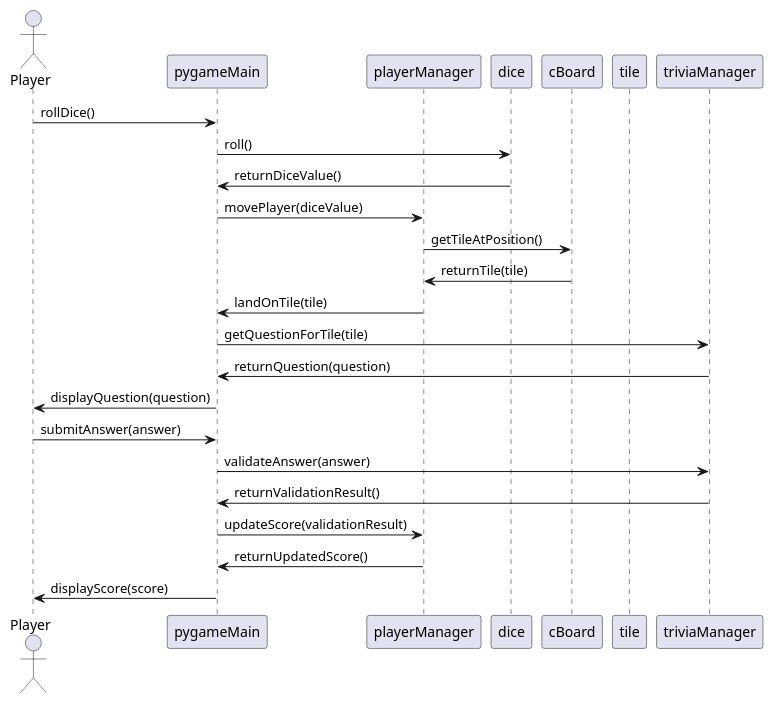
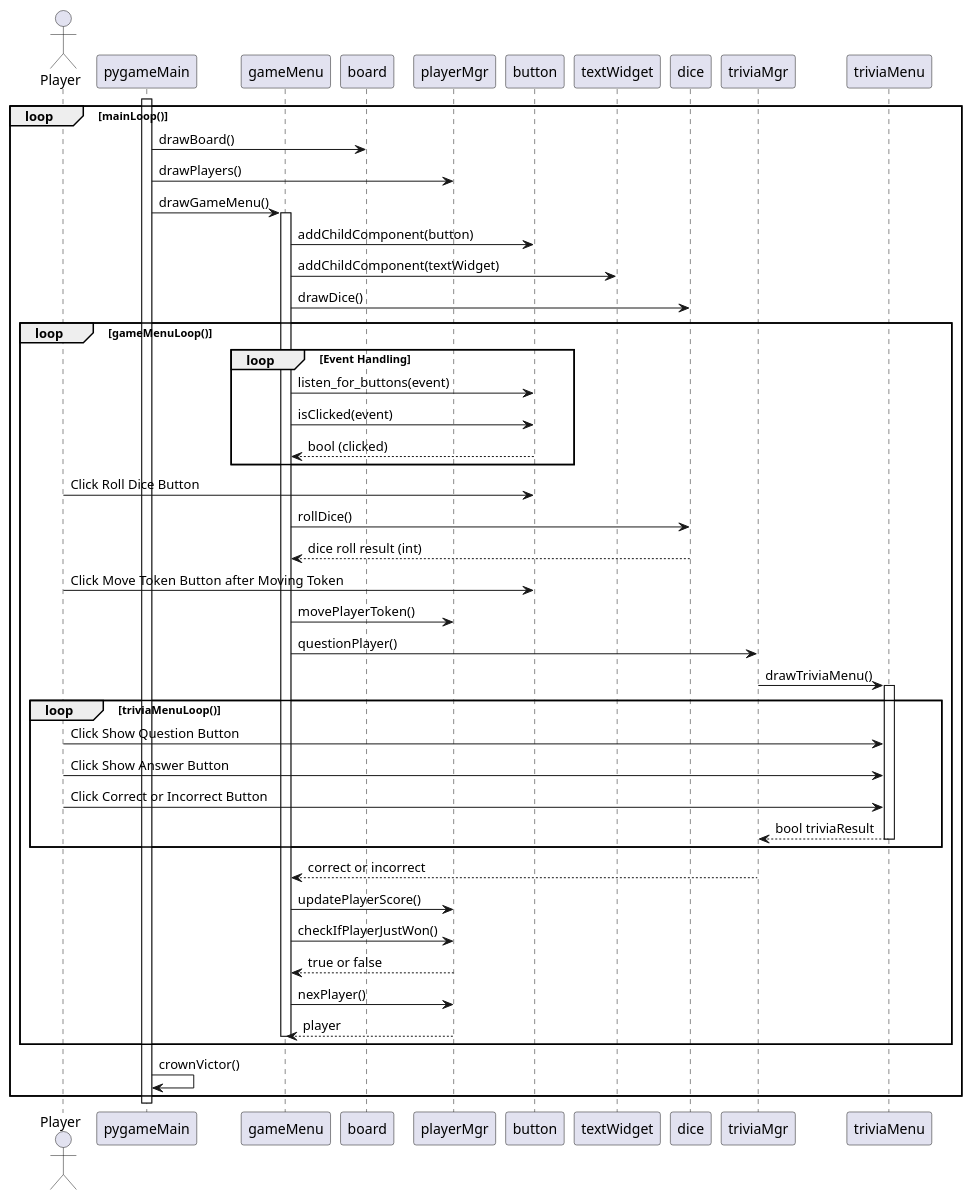
Before and after one commit to Kyle-Meyer/TrivialCompute: the diagram in UML/usecase3.puml, drawn with PlantUML. The commit also changed 8 other files, not shown here.

Commit message:
updated UML for design doc

```diff
--- a/UML/usecase3.puml
+++ b/UML/usecase3.puml
@@ -3,26 +3,63 @@
 @startuml
+
 actor Player
 participant pygameMain
-participant playerManager
+participant gameMenu
+participant board
+participant playerMgr
+participant button
+participant textWidget
 participant dice
-participant cBoard
-participant tile
-participant triviaManager
+participant triviaMgr
+participant triviaMenu
 
-Player -> pygameMain: rollDice()
-pygameMain -> dice: roll()
-dice -> pygameMain: returnDiceValue()
-pygameMain -> playerManager: movePlayer(diceValue)
-playerManager -> cBoard: getTileAtPosition()
-cBoard -> playerManager: returnTile(tile)
-playerManager -> pygameMain: landOnTile(tile)
-pygameMain -> triviaManager: getQuestionForTile(tile)
-triviaManager -> pygameMain: returnQuestion(question)
-pygameMain -> Player: displayQuestion(question)
-Player -> pygameMain: submitAnswer(answer)
-pygameMain -> triviaManager: validateAnswer(answer)
-triviaManager -> pygameMain: returnValidationResult()
-pygameMain -> playerManager: updateScore(validationResult)
-playerManager -> pygameMain: returnUpdatedScore()
-pygameMain -> Player: displayScore(score)
+activate pygameMain
+
+
+loop mainLoop()
+    pygameMain -> board: drawBoard()    
+    pygameMain -> playerMgr: drawPlayers()  
+
+    pygameMain -> gameMenu: drawGameMenu()
+
+    activate gameMenu
+    gameMenu -> button: addChildComponent(button)
+    gameMenu -> textWidget: addChildComponent(textWidget)
+    gameMenu -> dice: drawDice()
+    
+    loop gameMenuLoop()
+        loop Event Handling
+            gameMenu -> button: listen_for_buttons(event)
+            gameMenu -> button: isClicked(event)
+            button --> gameMenu: bool (clicked)
+        end
+        Player -> button: Click Roll Dice Button
+        gameMenu -> dice: rollDice()
+        dice --> gameMenu: dice roll result (int)
+        Player -> button: Click Move Token Button after Moving Token
+        gameMenu -> playerMgr: movePlayerToken()
+        gameMenu -> triviaMgr: questionPlayer()
+        triviaMgr -> triviaMenu: drawTriviaMenu()
+        activate triviaMenu        
+        loop triviaMenuLoop()
+            Player -> triviaMenu: Click Show Question Button
+            Player -> triviaMenu: Click Show Answer Button
+            Player -> triviaMenu: Click Correct or Incorrect Button
+            triviaMenu --> triviaMgr: bool triviaResult
+            deactivate triviaMenu        
+        end
+        triviaMgr --> gameMenu: correct or incorrect
+        gameMenu -> playerMgr: updatePlayerScore()
+        gameMenu -> playerMgr: checkIfPlayerJustWon() 
+        playerMgr --> gameMenu: true or false       
+        gameMenu -> playerMgr: nexPlayer()
+        playerMgr --> gameMenu: player
+        deactivate gameMenu
+    end
+
+    pygameMain -> pygameMain: crownVictor()    
+end
+
+deactivate pygameMain
+
 @enduml
```
